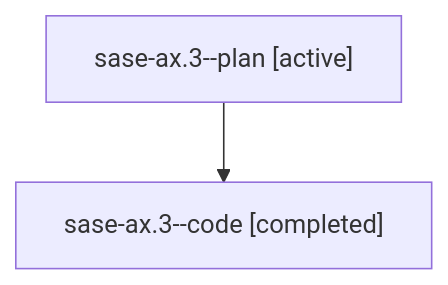
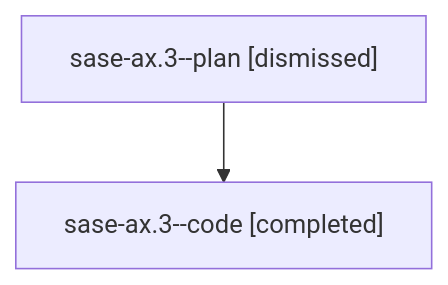
The diagram in sessions/bbugyi200.athena.sase-ax.3.md (sase-org/sase--agents), drawn with Mermaid before and after one commit. The commit also changed other lines of this file and 88 other files, not shown here.

````diff
--- a/sessions/bbugyi200.athena.sase-ax.3.md
+++ b/sessions/bbugyi200.athena.sase-ax.3.md
@@ -9,6 +9,6 @@
 ```mermaid
 flowchart TD
-  n0["sase-ax.3--plan [active]"]
+  n0["sase-ax.3--plan [dismissed]"]
   n1["sase-ax.3--code [completed]"]
   n0 --> n1
 ```
````
